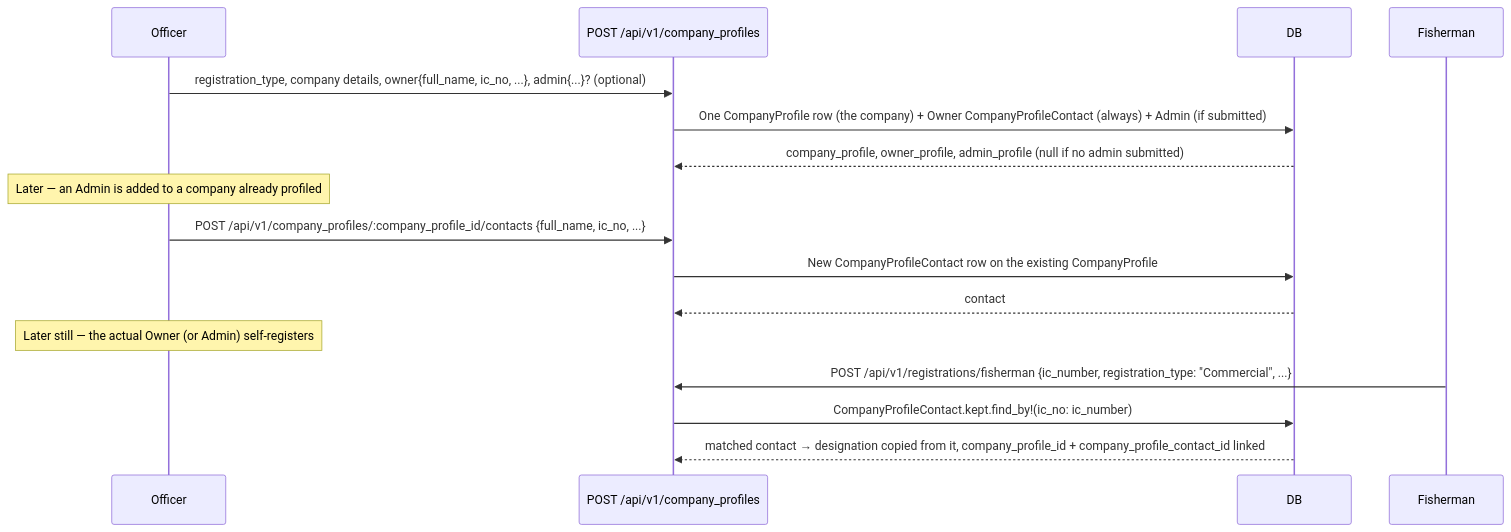
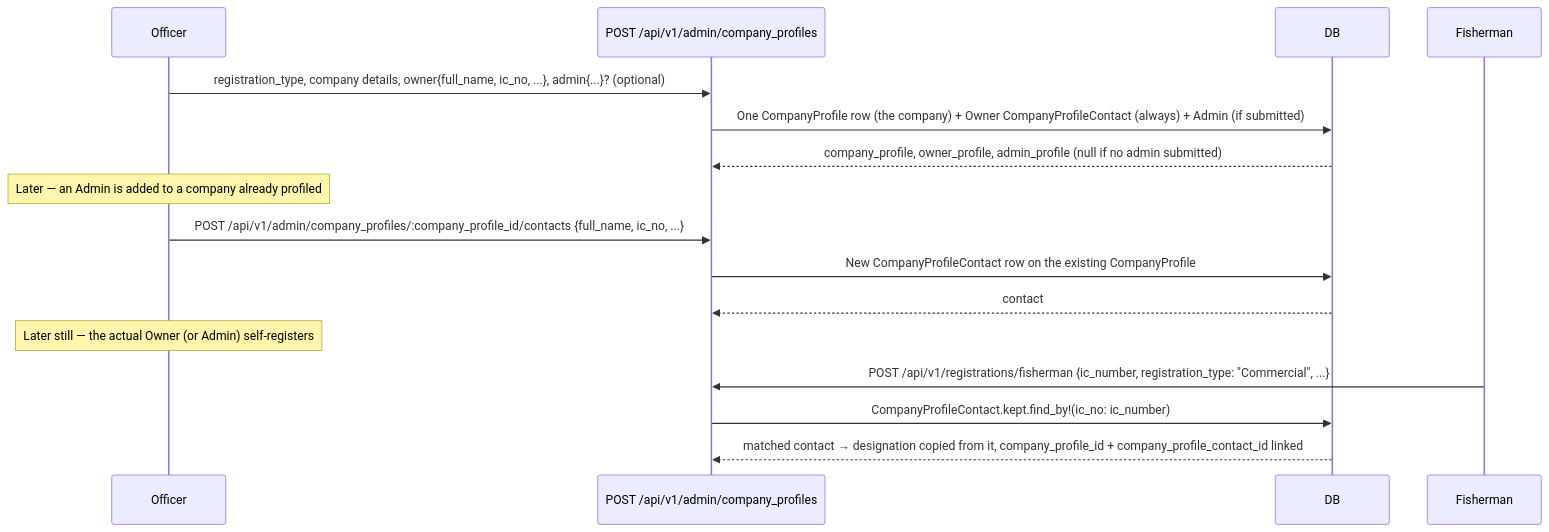
The third of 3 diagrams in docs/registration/business-flow.md (arya020595/st_dofi_backend), drawn with Mermaid before and after one commit. The commit also changed other lines of this file and 140 other files, not shown here.

Commit message:
update company profile

````diff
--- a/docs/registration/business-flow.md
+++ b/docs/registration/business-flow.md
@@ -147,21 +153,21 @@
 ```mermaid
 sequenceDiagram
     participant Officer
-    participant API as POST /api/v1/company_profiles
+    participant API as POST /api/v1/admin/company_profiles
     participant DB
 
     Officer->>API: registration_type, company details, owner{full_name, ic_no, ...}, admin{...}? (optional)
     API->>DB: One CompanyProfile row (the company) + Owner CompanyProfileContact (always) + Admin (if submitted)
     DB-->>API: company_profile, owner_profile, admin_profile (null if no admin submitted)
 
     Note over Officer: Later — an Admin is added to a company already profiled
-    Officer->>API: POST /api/v1/company_profiles/:company_profile_id/contacts {full_name, ic_no, ...}
+    Officer->>API: POST /api/v1/admin/company_profiles/:company_profile_id/contacts {full_name, ic_no, ...}
     API->>DB: New CompanyProfileContact row on the existing CompanyProfile
     DB-->>API: contact
 
     Note over Officer: Later still — the actual Owner (or Admin) self-registers
     participant Fisherman
     Fisherman->>API: POST /api/v1/registrations/fisherman {ic_number, registration_type: "Commercial", ...}
     API->>DB: CompanyProfileContact.kept.find_by!(ic_no: ic_number)
     DB-->>API: matched contact → designation copied from it, company_profile_id + company_profile_contact_id linked
 ```
````
